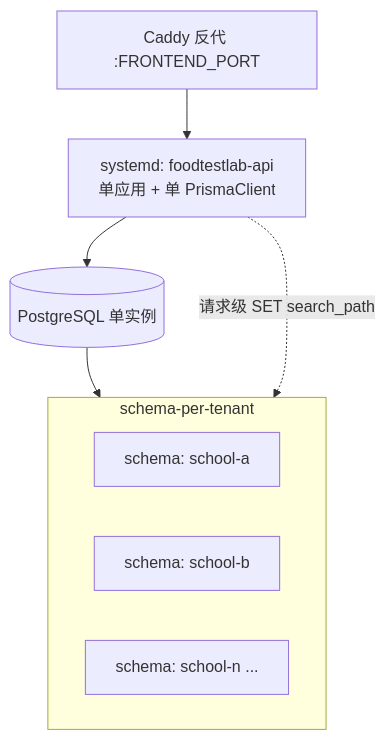
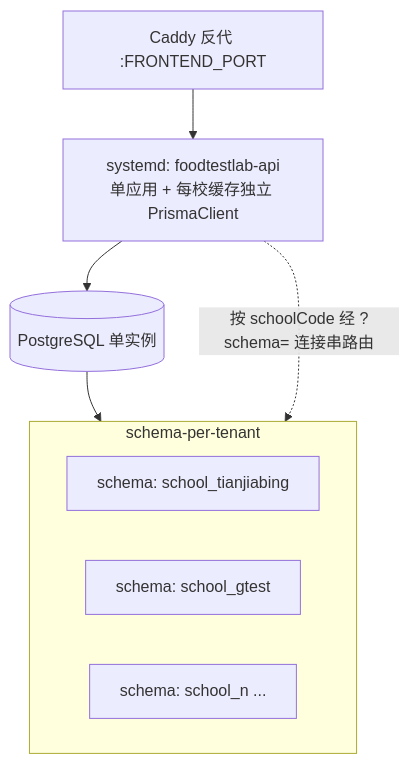
The third of 5 diagrams in README.md (ArthurUker/Tianjiabing_foodtestlab), drawn with Mermaid before and after one commit. The commit also changed other lines of this file and 10 other files, not shown here.

````diff
--- a/README.md
+++ b/README.md
@@ -112,14 +112,14 @@
 ```mermaid
 flowchart TB
     Caddy[Caddy 反代 :FRONTEND_PORT]
-    API[systemd: foodtestlab-api<br/>单应用 + 单 PrismaClient]
+    API[systemd: foodtestlab-api<br/>单应用 + 每校缓存独立 PrismaClient]
     PG[(PostgreSQL 单实例)]
     subgraph Schemas[schema-per-tenant]
-        S1[schema: school-a]
-        S2[schema: school-b]
-        Sn[schema: school-n ...]
+        S1[schema: school_tianjiabing]
+        S2[schema: school_gtest]
+        Sn[schema: school_n ...]
     end
     Caddy --> API --> PG
     PG --> Schemas
-    API -.请求级 SET search_path.-> Schemas
+    API -.按 schoolCode 经 ?schema= 连接串路由.-> Schemas
 ```
````
